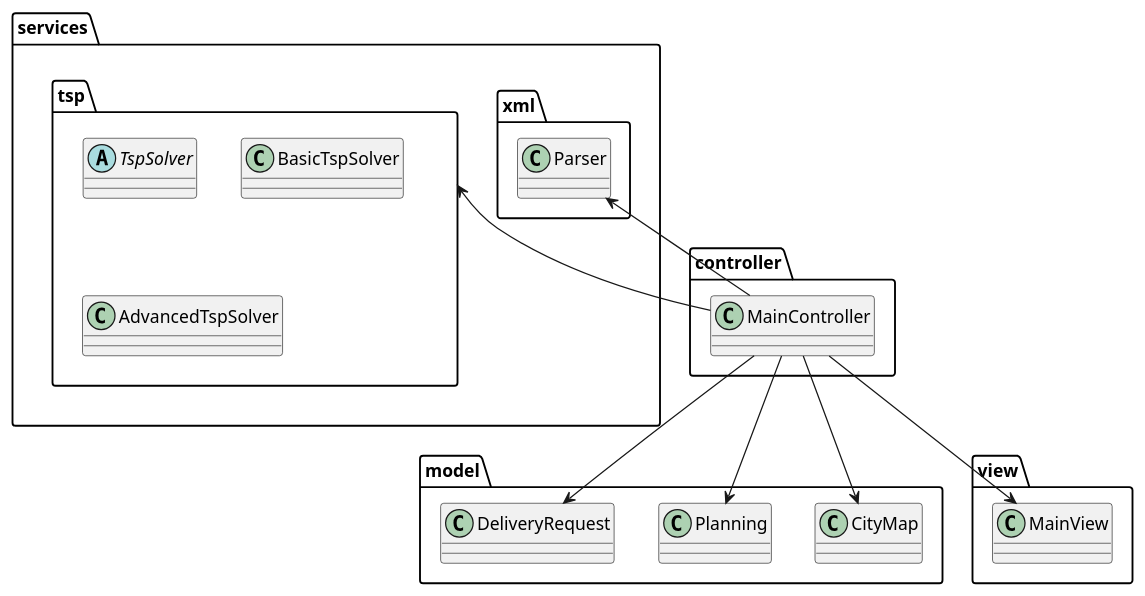
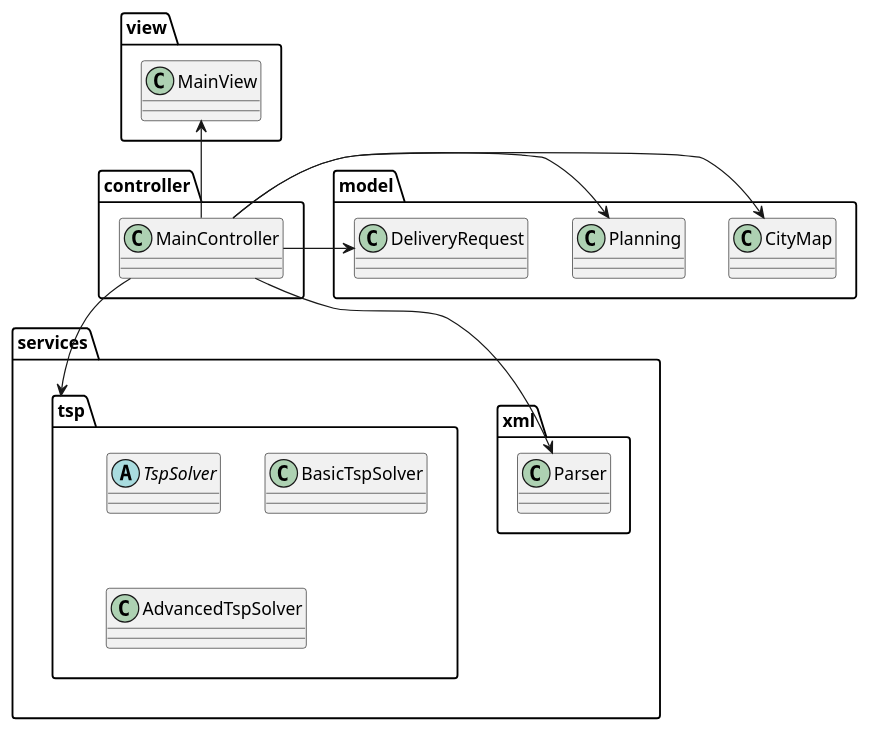
Before and after one commit to if-h4102/pld-agile: the diagram in docs/uml/packages.puml, drawn with PlantUML.

Commit message:
Quick fix

```diff
--- a/docs/uml/packages.puml
+++ b/docs/uml/packages.puml
@@ -1,49 +1,49 @@
 @startuml
 
 package services {
     package xml {
         class Parser {
         }
     }
 
     package tsp {
         abstract class TspSolver {
         }
 
         class BasicTspSolver {
         }
 
         class AdvancedTspSolver {
         }
     }
 }
 
 package model {
     class CityMap {
     }
 
     class Planning {
     }
 
     class DeliveryRequest {
     }
 }
 
 package controller {
     class MainController {
     }
 }
 
 package view {
     class MainView
 }
 
-MainController --> Parser
-MainController --> CityMap
-MainController --> Planning
-MainController --> DeliveryRequest
-MainController --> MainView
+MainController -left-> Parser
+MainController -right-> CityMap
+MainController -right-> Planning
+MainController -right-> DeliveryRequest
+MainController -up-> MainView
 
-MainController -up-> tsp
+MainController --> tsp
 
 @enduml
```
